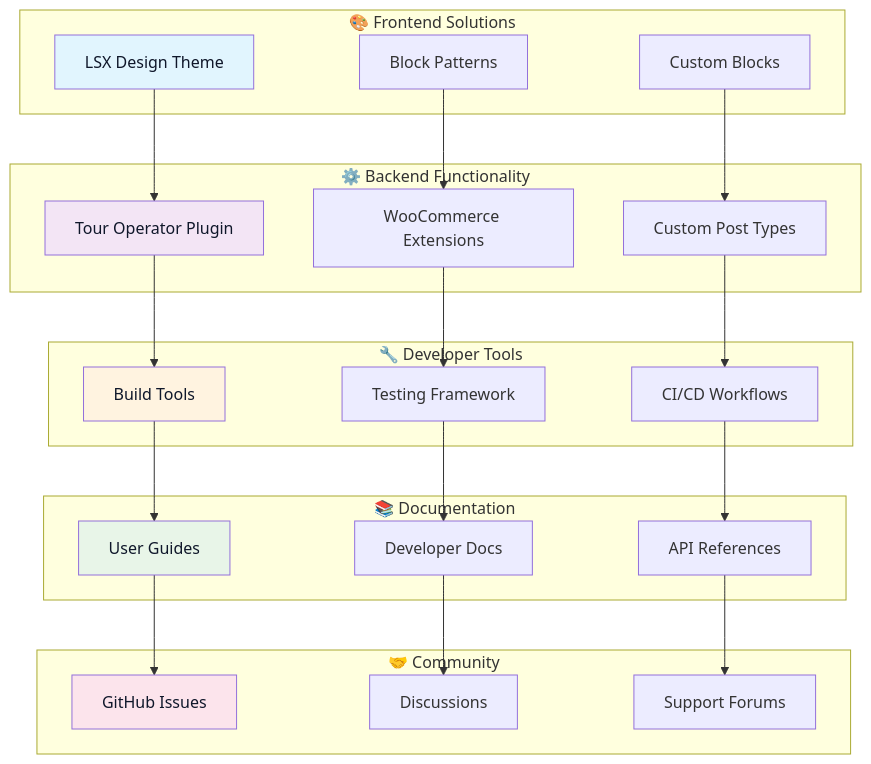
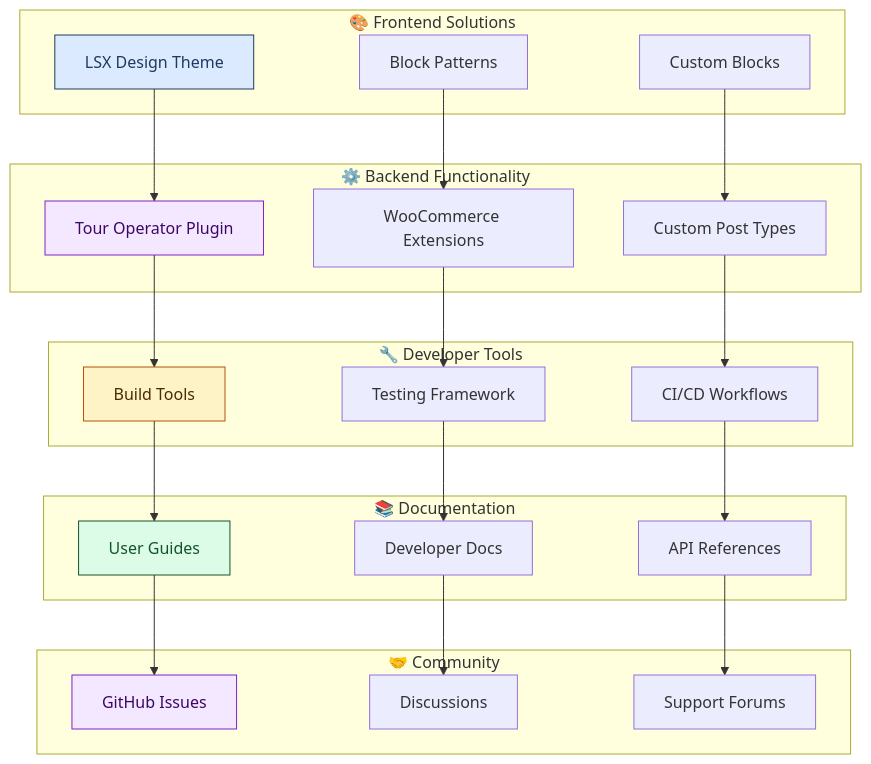
Before and after one commit to lightspeedwp/.github: the third of 4 diagrams in profile/README.md, drawn with Mermaid. The commit also changed other lines of this file and 181 other files, not shown here.

Commit message:
docs: maintenance updates (Mermaid + staleness)

````diff
--- a/profile/README.md
+++ b/profile/README.md
@@ -162,56 +162,56 @@
 ```mermaid
 graph TB
   accTitle: 🏗️ Project Architecture & Integration
   accDescr: Top-down graph showing 🏗️ project architecture and integration relationships between frontend, backend, and open-source components
     subgraph "🎨 Frontend Solutions"
         A[LSX Design Theme]
         B[Block Patterns]
         C[Custom Blocks]
     end
 
     subgraph "⚙️ Backend Functionality"
         D[Tour Operator Plugin]
         E[WooCommerce Extensions]
         F[Custom Post Types]
     end
 
     subgraph "🔧 Developer Tools"
         G[Build Tools]
         H[Testing Framework]
         I[CI/CD Workflows]
     end
 
     subgraph "📚 Documentation"
         J[User Guides]
         K[Developer Docs]
         L[API References]
     end
 
     subgraph "🤝 Community"
         M[GitHub Issues]
         N[Discussions]
         O[Support Forums]
     end
 
     A --> D
     B --> E
     C --> F
 
     D --> G
     E --> H
     F --> I
 
     G --> J
     H --> K
     I --> L
 
     J --> M
     K --> N
     L --> O
 
-    style A fill:#e1f5fe,color:#0f172a
-    style D fill:#f3e5f5,color:#0f172a
-    style G fill:#fff3e0,color:#0f172a
-    style J fill:#e8f5e8,color:#0f172a
-    style M fill:#fce4ec,color:#0f172a
+    style A fill:#dbeafe,color:#1e3a5f,stroke:#1e3a5f
+    style D fill:#f3e8ff,color:#3b0764,stroke:#7e22ce
+    style G fill:#fef3c7,color:#4a2c00,stroke:#b45309
+    style J fill:#dcfce7,color:#14532d,stroke:#14532d
+    style M fill:#f3e8ff,color:#3b0764,stroke:#7e22ce
 ```
````
